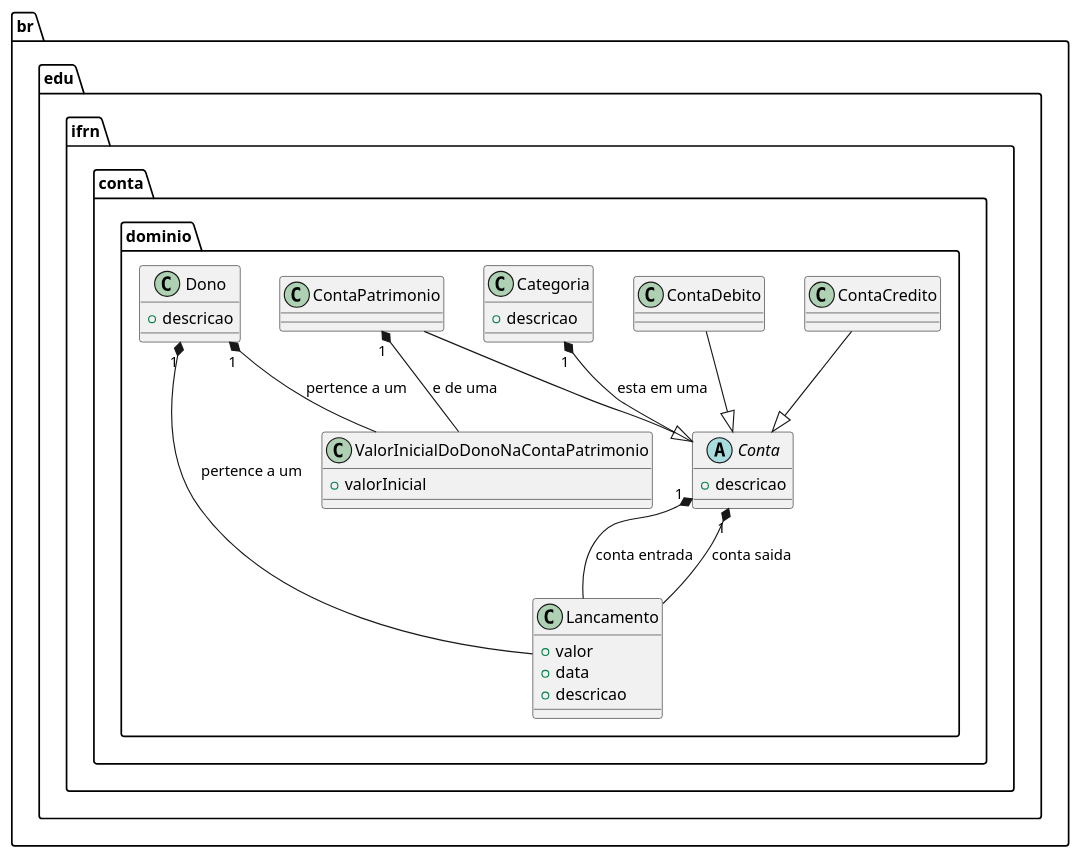
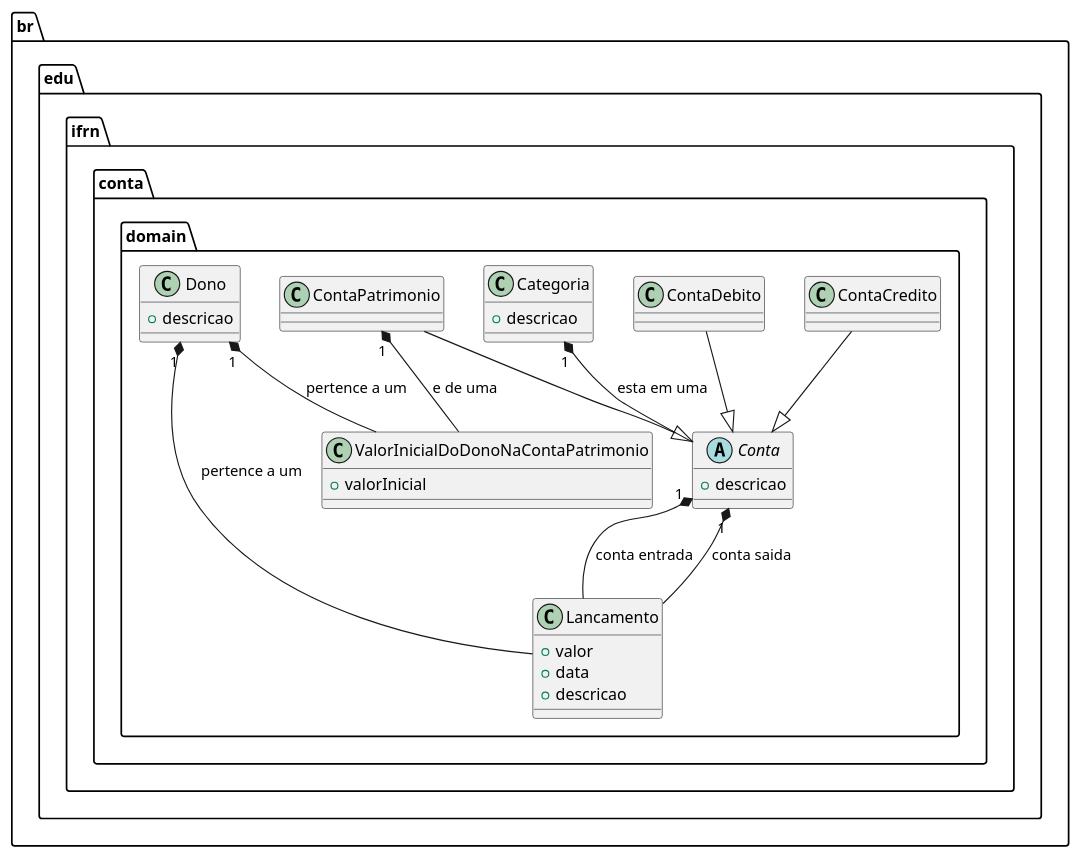
The diagram in conta.puml (persapiens-classes/conta), drawn with PlantUML before and after one commit. The commit also changed 106 other files, not shown here.

```diff
--- a/conta.puml
+++ b/conta.puml
@@ -1,31 +1,31 @@
 @startuml
-abstract class br.edu.ifrn.conta.dominio.Conta {
+abstract class br.edu.ifrn.conta.domain.Conta {
  +descricao
 }
-class br.edu.ifrn.conta.dominio.Categoria {
+class br.edu.ifrn.conta.domain.Categoria {
  +descricao
 }
-class br.edu.ifrn.conta.dominio.ContaCredito
-class br.edu.ifrn.conta.dominio.ContaDebito
-class br.edu.ifrn.conta.dominio.ContaPatrimonio
-class br.edu.ifrn.conta.dominio.Dono {
+class br.edu.ifrn.conta.domain.ContaCredito
+class br.edu.ifrn.conta.domain.ContaDebito
+class br.edu.ifrn.conta.domain.ContaPatrimonio
+class br.edu.ifrn.conta.domain.Dono {
  +descricao
 }
-class br.edu.ifrn.conta.dominio.Lancamento  {
+class br.edu.ifrn.conta.domain.Lancamento  {
  +valor
  +data
  +descricao
 }
-class br.edu.ifrn.conta.dominio.ValorInicialDoDonoNaContaPatrimonio {
+class br.edu.ifrn.conta.domain.ValorInicialDoDonoNaContaPatrimonio {
  +valorInicial
 }
-br.edu.ifrn.conta.dominio.Categoria "1" *-- br.edu.ifrn.conta.dominio.Conta : esta em uma
-br.edu.ifrn.conta.dominio.Dono "1" *-- br.edu.ifrn.conta.dominio.Lancamento : pertence a um
-br.edu.ifrn.conta.dominio.Conta "1" *-- br.edu.ifrn.conta.dominio.Lancamento : conta entrada
-br.edu.ifrn.conta.dominio.Conta "1" *-- br.edu.ifrn.conta.dominio.Lancamento : conta saida
-br.edu.ifrn.conta.dominio.Dono "1" *-- br.edu.ifrn.conta.dominio.ValorInicialDoDonoNaContaPatrimonio : pertence a um
-br.edu.ifrn.conta.dominio.ContaPatrimonio "1" *-- br.edu.ifrn.conta.dominio.ValorInicialDoDonoNaContaPatrimonio : e de uma
-br.edu.ifrn.conta.dominio.ContaCredito --|> br.edu.ifrn.conta.dominio.Conta
-br.edu.ifrn.conta.dominio.ContaDebito --|> br.edu.ifrn.conta.dominio.Conta
-br.edu.ifrn.conta.dominio.ContaPatrimonio --|> br.edu.ifrn.conta.dominio.Conta
+br.edu.ifrn.conta.domain.Categoria "1" *-- br.edu.ifrn.conta.domain.Conta : esta em uma
+br.edu.ifrn.conta.domain.Dono "1" *-- br.edu.ifrn.conta.domain.Lancamento : pertence a um
+br.edu.ifrn.conta.domain.Conta "1" *-- br.edu.ifrn.conta.domain.Lancamento : conta entrada
+br.edu.ifrn.conta.domain.Conta "1" *-- br.edu.ifrn.conta.domain.Lancamento : conta saida
+br.edu.ifrn.conta.domain.Dono "1" *-- br.edu.ifrn.conta.domain.ValorInicialDoDonoNaContaPatrimonio : pertence a um
+br.edu.ifrn.conta.domain.ContaPatrimonio "1" *-- br.edu.ifrn.conta.domain.ValorInicialDoDonoNaContaPatrimonio : e de uma
+br.edu.ifrn.conta.domain.ContaCredito --|> br.edu.ifrn.conta.domain.Conta
+br.edu.ifrn.conta.domain.ContaDebito --|> br.edu.ifrn.conta.domain.Conta
+br.edu.ifrn.conta.domain.ContaPatrimonio --|> br.edu.ifrn.conta.domain.Conta
 @enduml
```
